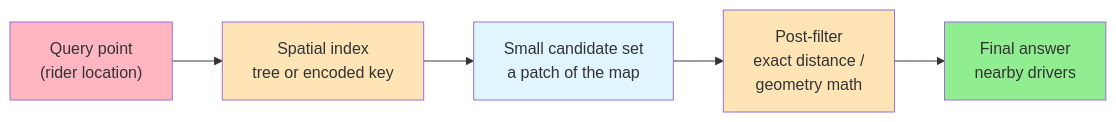
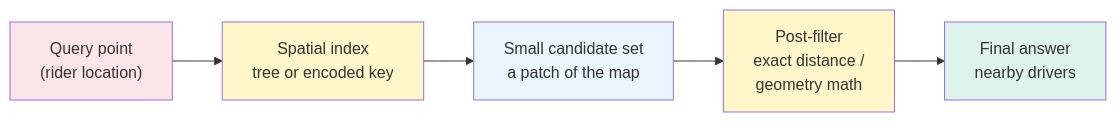
Before and after one commit to cartmancodes/InterviewVault: the first of 3 diagrams in LLD/SystemDesign/DeepDives/ProximitySearch.md, drawn with Mermaid. The commit also changed other lines of this file and 679 other files, not shown here.

Commit message:
Unify content diagrams and add accessible visual walkthroughs

````diff
--- a/LLD/SystemDesign/DeepDives/ProximitySearch.md
+++ b/LLD/SystemDesign/DeepDives/ProximitySearch.md
@@ -39,13 +39,13 @@
 ```mermaid
 graph LR
     Q["Query point<br/>(rider location)"] --> I["Spatial index<br/>tree or encoded key"]
     I --> C["Small candidate set<br/>a patch of the map"]
     C --> P["Post-filter<br/>exact distance /<br/>geometry math"]
     P --> A["Final answer<br/>nearby drivers"]
 
-    style Q fill:#FFB6C1
-    style I fill:#FFE4B5
-    style C fill:#e1f5ff
-    style P fill:#FFE4B5
-    style A fill:#90EE90
+    style Q fill:#FCE5EA
+    style I fill:#FFF6C9
+    style C fill:#EAF5FD
+    style P fill:#FFF6C9
+    style A fill:#DDF3EC
 ```
````
